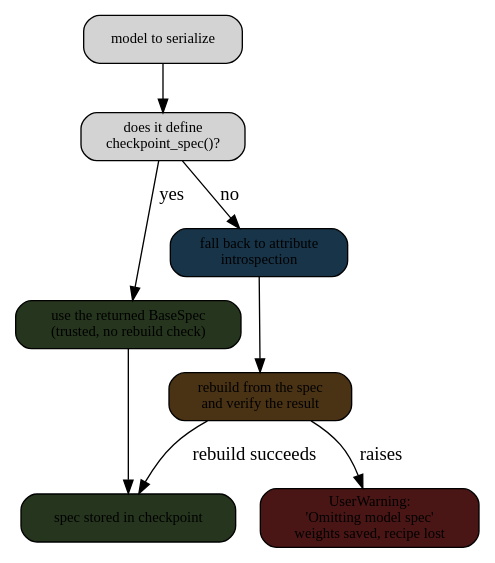
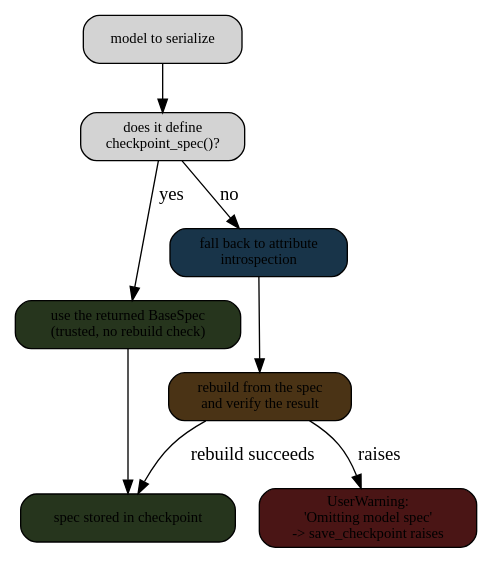
Before and after one commit to NVIDIA/nvalchemi-toolkit: the diagram in docs/userguide/serialization.md, drawn with Graphviz. The commit also changed other lines of this file and 1 other file, not shown here.

````diff
--- a/docs/userguide/serialization.md
+++ b/docs/userguide/serialization.md
@@ -135,25 +218,25 @@
 ```{graphviz}
 :caption: Spec resolution for a model at checkpoint time.
 :alt: Spec resolution order
 
 digraph spec_resolution {
     rankdir=TB
     node [shape=box style="rounded,filled" fontsize=11]
 
     start [label="model to serialize"]
     explicit [label="does it define\ncheckpoint_spec()?"]
     use_explicit [label="use the returned BaseSpec\n(trusted, no rebuild check)" fillcolor="#26351d"]
     introspect [label="fall back to attribute\nintrospection", fillcolor="#183449"]
     validate [label="rebuild from the spec\nand verify the result", fillcolor="#4a3315"]
     ok [label="spec stored in checkpoint" fillcolor="#26351d"]
-    omit [label="UserWarning:\n'Omitting model spec'\nweights saved, recipe lost" fillcolor="#4a1515"]
+    omit [label="UserWarning:\n'Omitting model spec'\n-> save_checkpoint raises" fillcolor="#4a1515"]
 
     start -> explicit
     explicit -> use_explicit [label="yes"]
     explicit -> introspect [label="no"]
     use_explicit -> ok
     introspect -> validate
     validate -> ok [label="rebuild succeeds"]
     validate -> omit [label="raises"]
 }
 ```
````
